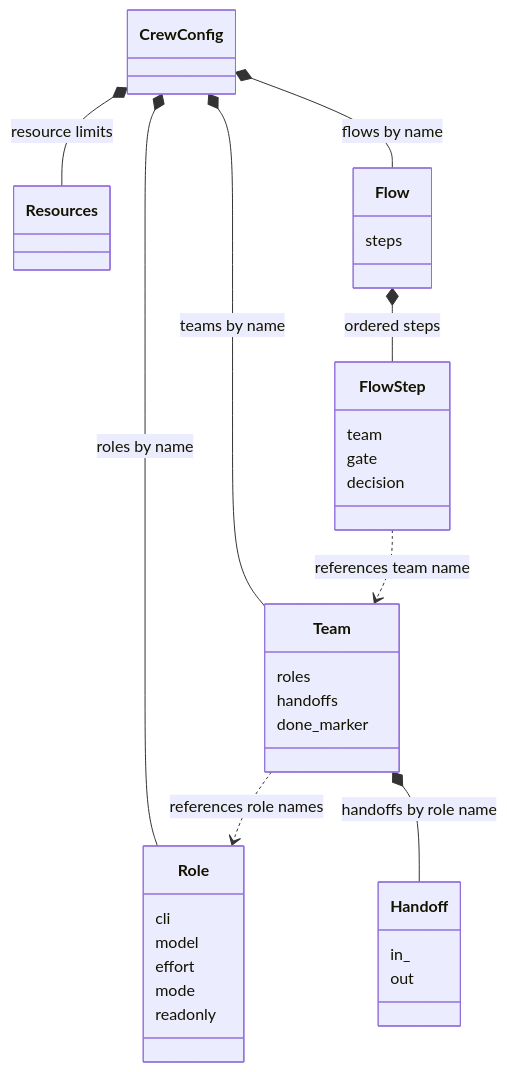
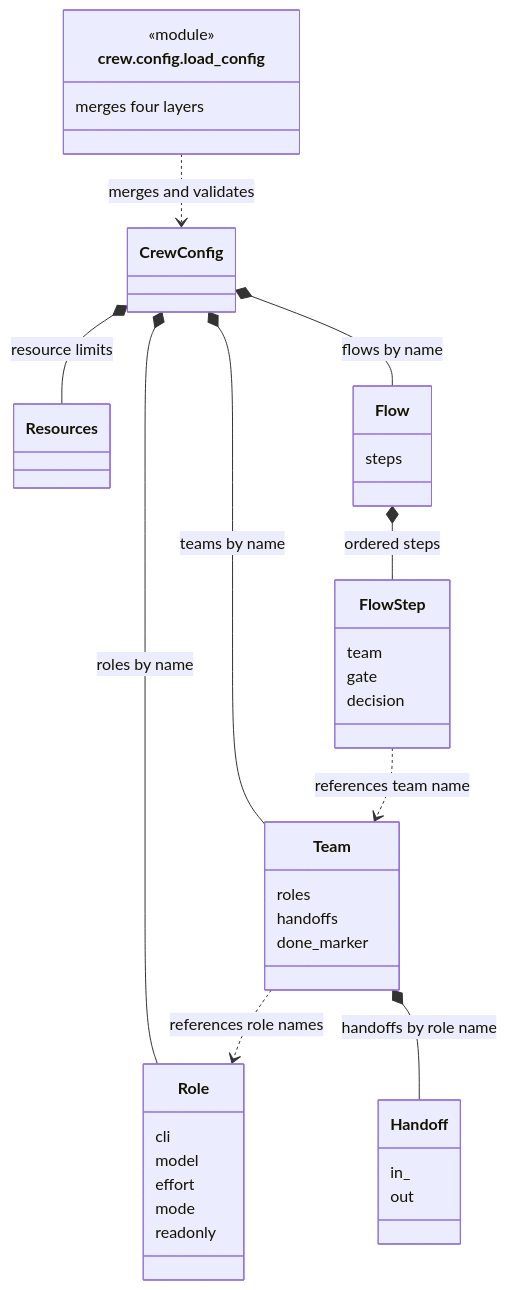
Before and after one commit to Taimoorkhan1122/crew: the diagram in docs/config-migration.md, drawn with Mermaid. The commit also changed other lines of this file and 7 other files, not shown here.

````diff
--- a/docs/config-migration.md
+++ b/docs/config-migration.md
@@ -25,38 +70,43 @@
 ```mermaid
 classDiagram
     direction TB
+    class Loader["crew.config.load_config"] {
+        <<module>>
+        merges four layers
+    }
     class CrewConfig
     class Resources
     class Role {
         cli
         model
         effort
         mode
         readonly
     }
     class Team {
         roles
         handoffs
         done_marker
     }
     class Flow {
         steps
     }
     class FlowStep {
         team
         gate
         decision
     }
     class Handoff {
         in_
         out
     }
+    Loader ..> CrewConfig : merges and validates
     CrewConfig *-- Resources : resource limits
     CrewConfig *-- Role : roles by name
     CrewConfig *-- Team : teams by name
     CrewConfig *-- Flow : flows by name
     Team *-- Handoff : handoffs by role name
     Team ..> Role : references role names
     Flow *-- FlowStep : ordered steps
     FlowStep ..> Team : references team name
 ```
````
